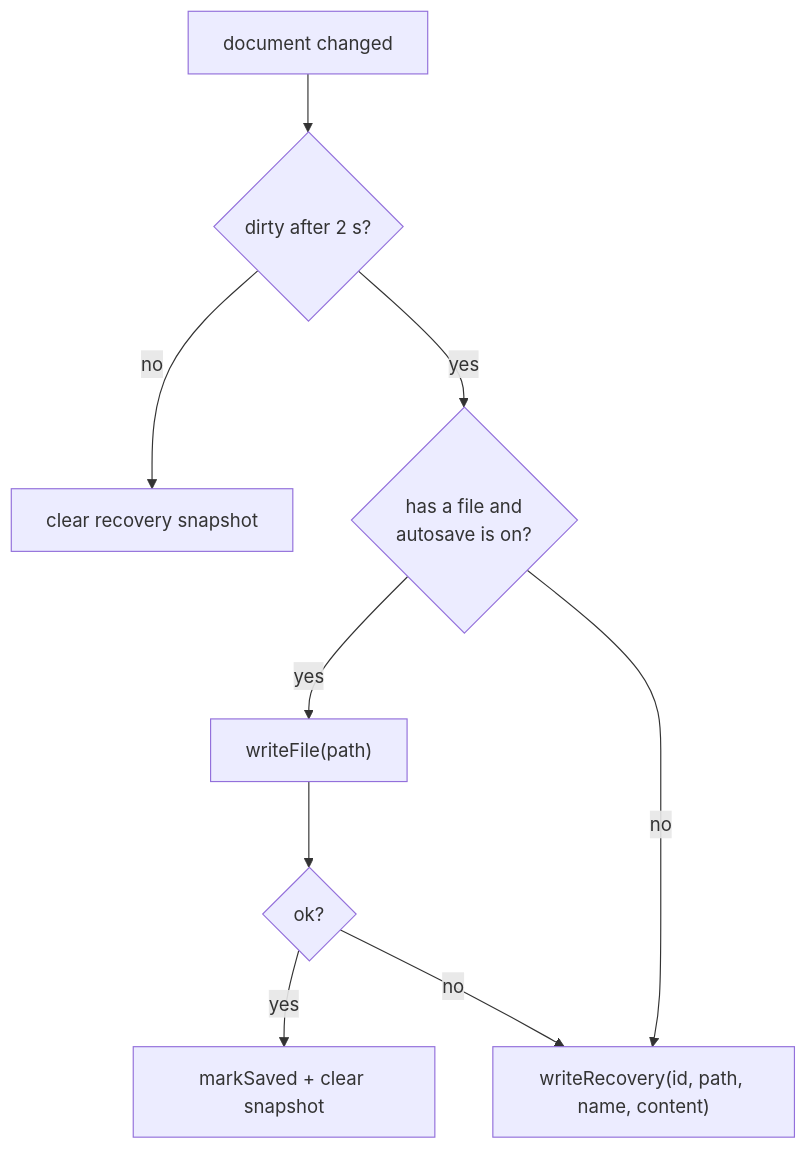
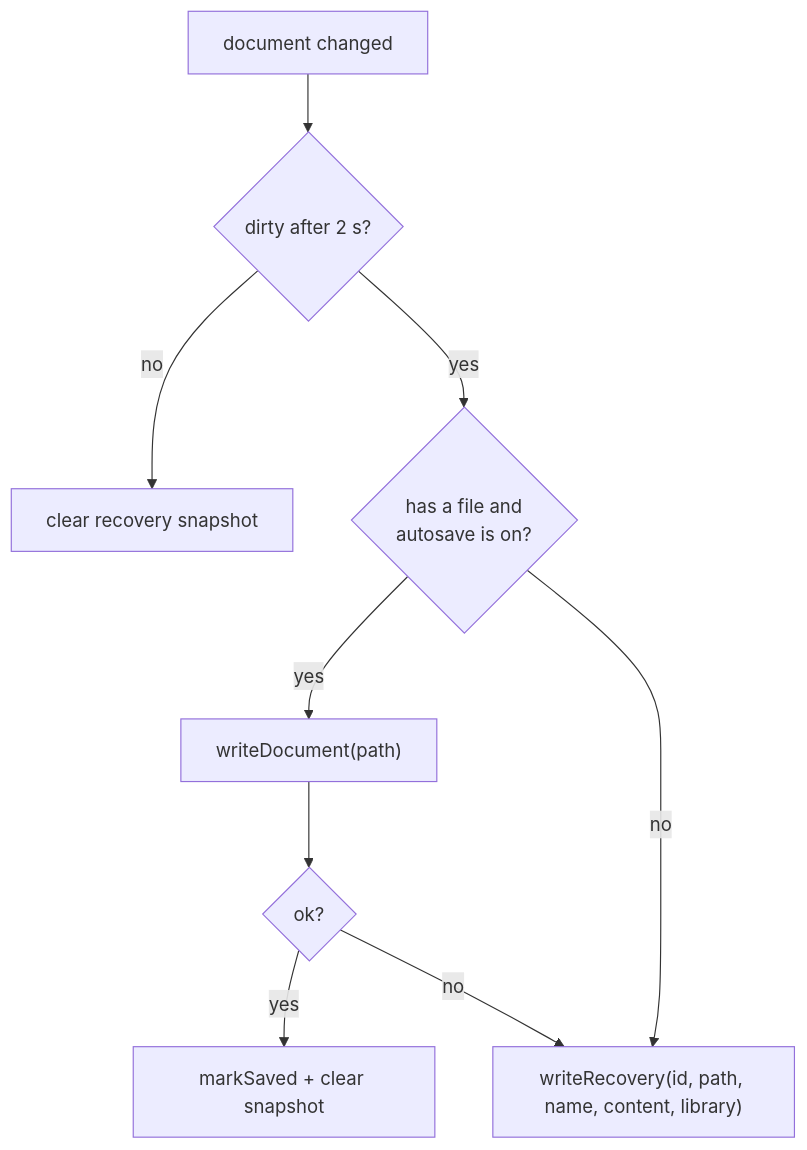
Before and after one commit to K-u-r-c/family-insight: the second of 2 diagrams in docs/developer/state.md, drawn with Mermaid. The commit also changed other lines of this file and 56 other files, not shown here.

First line of the commit message:
feat(file): media library in a zip .finsight container (schema 3)

````diff
--- a/docs/developer/state.md
+++ b/docs/developer/state.md
@@ -88,10 +90,10 @@
 ```mermaid
 flowchart TD
   C["document changed"] --> T{"dirty after 2 s?"}
   T -- no --> X["clear recovery snapshot"]
   T -- yes --> F{"has a file and<br/>autosave is on?"}
-  F -- yes --> W["writeFile(path)"] --> OK{"ok?"}
+  F -- yes --> W["writeDocument(path)"] --> OK{"ok?"}
   OK -- yes --> S["markSaved + clear snapshot"]
   OK -- no --> R
-  F -- no --> R["writeRecovery(id, path, name, content)"]
+  F -- no --> R["writeRecovery(id, path, name, content, library)"]
 ```
````
